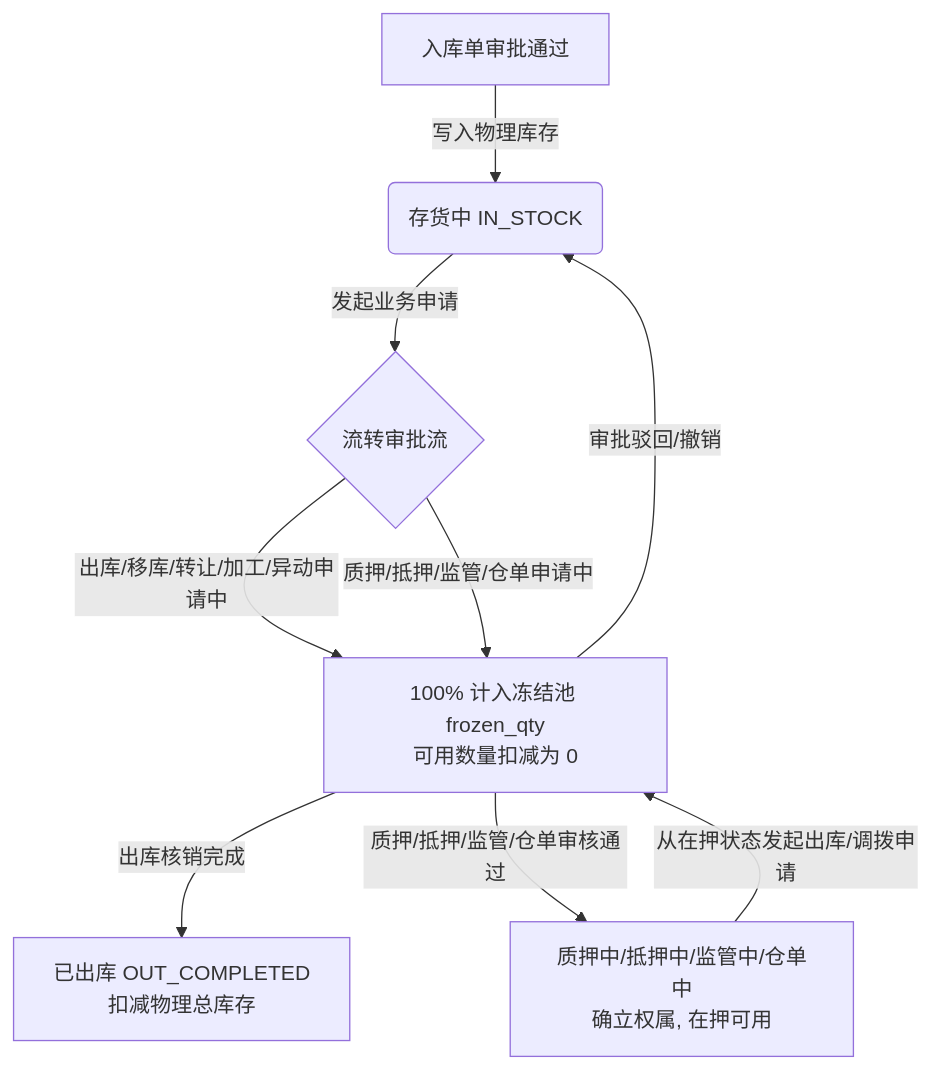
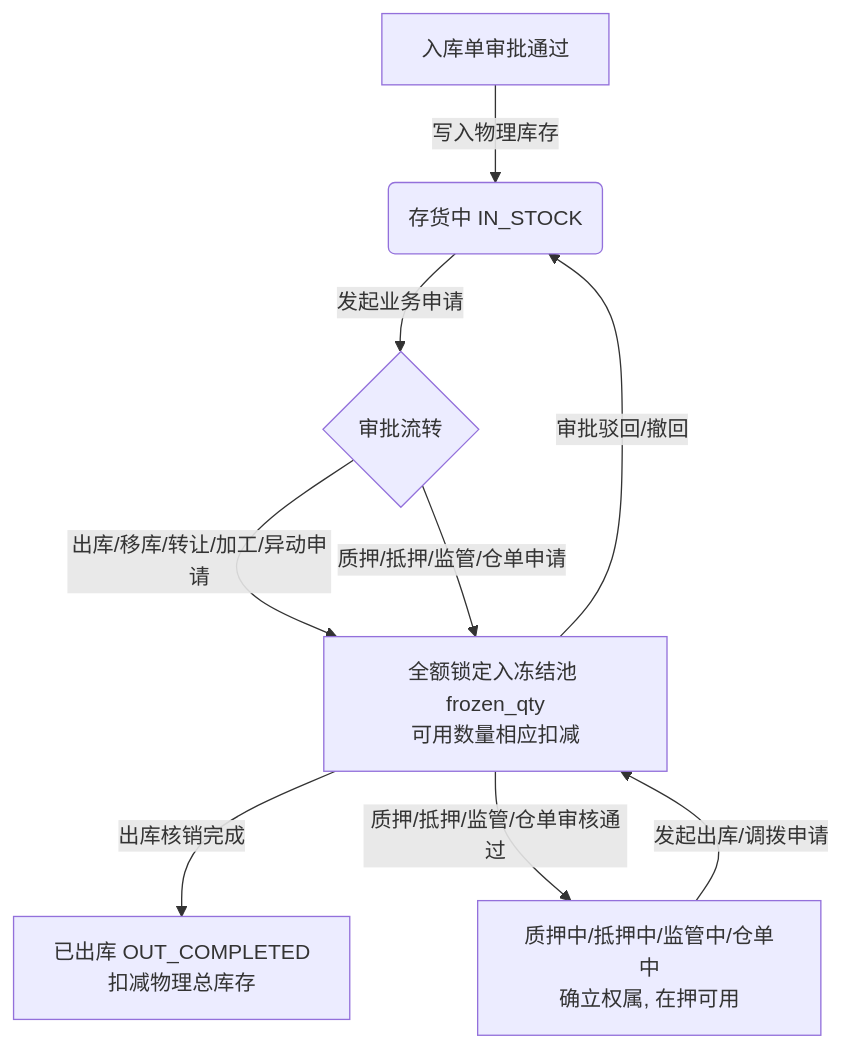
One commit to RobertHuang999/SYZC changed the diagram in 02-PRD文档/🌟🌟🌟-最新基准版/B端PC/02-仓储/01-库存查询-存货管理/存货管理业务规则规格.md. Above: the diagram before and after it, drawn with Mermaid. The commit also changed other lines of this file and 264 other files, not shown here.

````diff
--- a/02-PRD文档/🌟🌟🌟-最新基准版/B端PC/02-仓储/01-库存查询-存货管理/存货管理业务规则规格.md
+++ b/02-PRD文档/🌟🌟🌟-最新基准版/B端PC/02-仓储/01-库存查询-存货管理/存货管理业务规则规格.md
@@ -69,14 +69,14 @@
 ```mermaid
 flowchart TD
     A[入库单审批通过] -->|写入物理库存| B(存货中 IN_STOCK)
     
-    B -->|发起业务申请| C{流转审批流}
-    C -->|出库/移库/转让/加工/异动申请中| D[100% 计入冻结池 frozen_qty<br/>可用数量扣减为 0]
-    C -->|质押/抵押/监管/仓单申请中| D
+    B -->|发起业务申请| C{审批流转}
+    C -->|出库/移库/转让/加工/异动申请| D[全额锁定入冻结池 frozen_qty<br/>可用数量相应扣减]
+    C -->|质押/抵押/监管/仓单申请| D
     
-    D -->|审批驳回/撤销| B
+    D -->|审批驳回/撤回| B
     D -->|出库核销完成| E[已出库 OUT_COMPLETED<br/>扣减物理总库存]
     D -->|质押/抵押/监管/仓单审核通过| F[质押中/抵押中/监管中/仓单中<br/>确立权属, 在押可用]
     
-    F -->|从在押状态发起出库/调拨申请| D
+    F -->|发起出库/调拨申请| D
 ```
````
